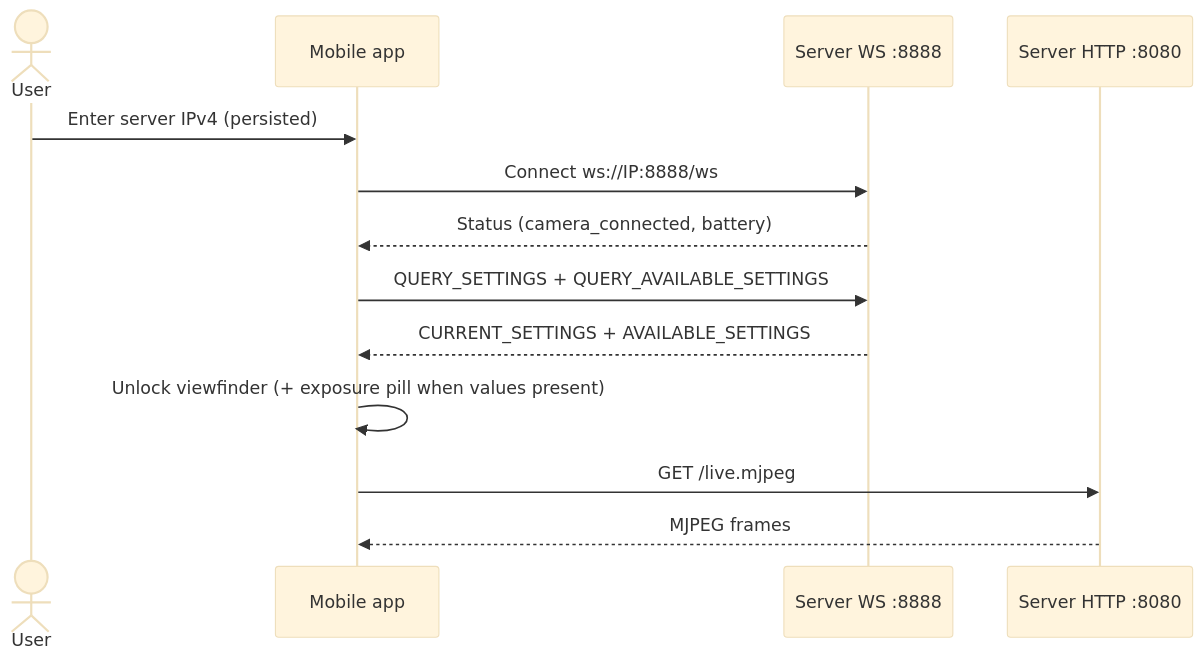
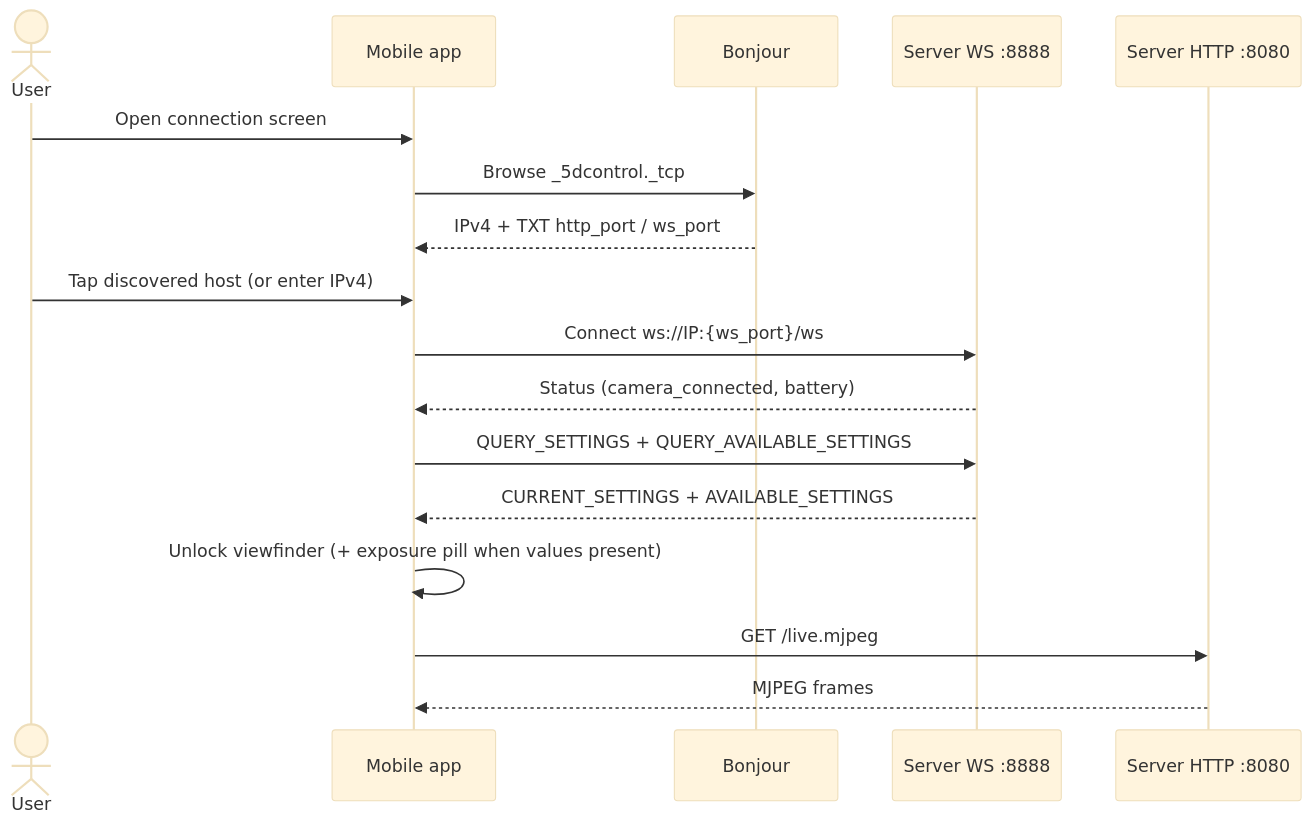
Before and after one commit to cjlawson02/5dcontrol: the second of 5 diagrams in docs/HLD.md, drawn with Mermaid (base theme). The commit also changed other lines of this file and 55 other files, not shown here.

First line of the commit message:
feat: connect via mDNS and tap-to-focus on the viewfinder

````diff
--- a/docs/HLD.md
+++ b/docs/HLD.md
@@ -136,16 +138,20 @@
 ```mermaid
 sequenceDiagram
   actor User
   participant App as Mobile app
+  participant mDNS as Bonjour
   participant WS as Server WS :8888
   participant HTTP as Server HTTP :8080
 
-  User->>App: Enter server IPv4 (persisted)
-  App->>WS: Connect ws://IP:8888/ws
+  User->>App: Open connection screen
+  App->>mDNS: Browse _5dcontrol._tcp
+  mDNS-->>App: IPv4 + TXT http_port / ws_port
+  User->>App: Tap discovered host (or enter IPv4)
+  App->>WS: Connect ws://IP:{ws_port}/ws
   WS-->>App: Status (camera_connected, battery)
   App->>WS: QUERY_SETTINGS + QUERY_AVAILABLE_SETTINGS
   WS-->>App: CURRENT_SETTINGS + AVAILABLE_SETTINGS
   App->>App: Unlock viewfinder (+ exposure pill when values present)
   App->>HTTP: GET /live.mjpeg
   HTTP-->>App: MJPEG frames
 ```
````
